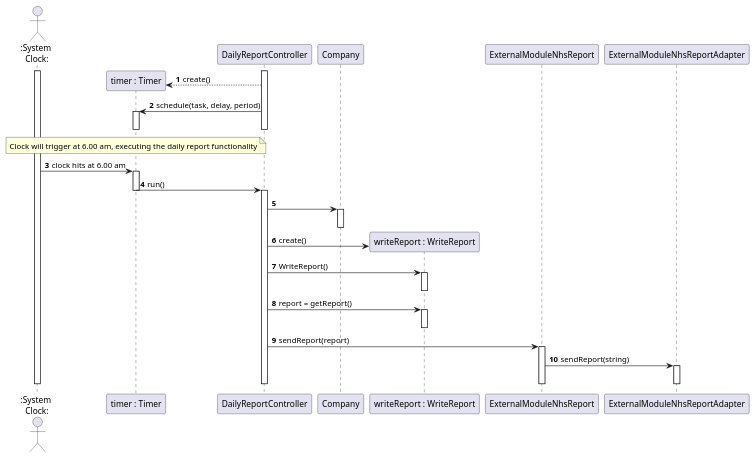
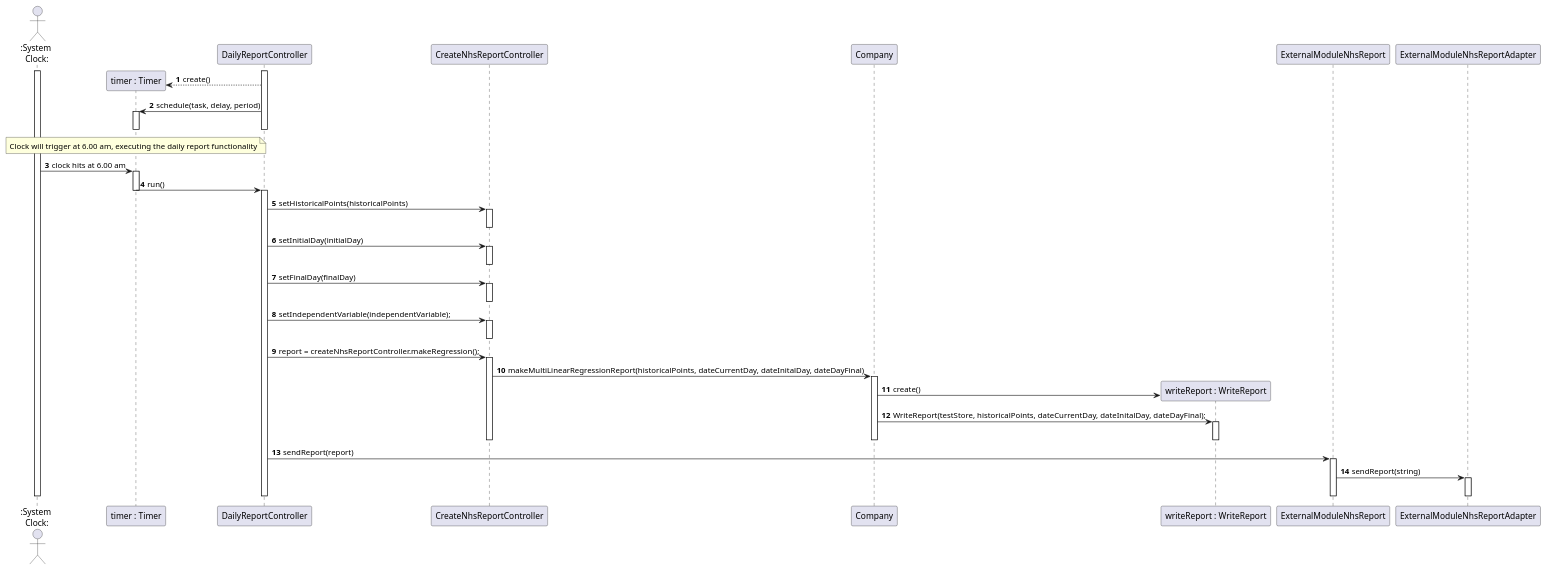
Before and after one commit to MadDinosaur/ISEP-LAPR2: the diagram in docs/SprintD/US19/US19_SD.puml, drawn with PlantUML. The commit also changed 6 other files, not shown here.

```diff
--- a/docs/SprintD/US19/US19_SD.puml
+++ b/docs/SprintD/US19/US19_SD.puml
@@ -1,53 +1,66 @@
 @startuml
 
 autonumber
 
 actor ":System\n Clock:" as Clock
 participant "timer : Timer" as timer
 participant DailyReportController as controller
+participant CreateNhsReportController as controller1
 participant Company as company
 participant "writeReport : WriteReport" as writereport
 participant ExternalModuleNhsReport as interface
 participant ExternalModuleNhsReportAdapter as adapter
 
 activate Clock
 activate controller
 create timer
 controller --> timer : create()
 controller -> timer : schedule(task, delay, period)
 activate timer
 deactivate controller
 deactivate timer
 
 note over timer : Clock will trigger at 6.00 am, executing the daily report functionality
 
 Clock -> timer : clock hits at 6.00 am
 activate timer
 timer -> controller : run()
 deactivate timer
 activate controller
 
-controller -> company
+controller -> controller1 : setHistoricalPoints(historicalPoints)
+activate controller1
+deactivate controller1
+controller -> controller1 : setInitialDay(initialDay)
+activate controller1
+deactivate controller1
+controller -> controller1 : setFinalDay(finalDay)
+activate controller1
+deactivate controller1
+controller -> controller1 : setIndependentVariable(independentVariable);
+activate controller1
+deactivate controller1
+controller -> controller1 : report = createNhsReportController.makeRegression();
+activate controller1
+controller1 -> company : makeMultiLinearRegressionReport(historicalPoints, dateCurrentDay, dateInitalDay, dateDayFinal)
 activate company
-deactivate company
-
 create writereport
-controller -> writereport : create()
-controller -> writereport : WriteReport()
+company -> writereport : create()
+company -> writereport : WriteReport(testStore, historicalPoints, dateCurrentDay, dateInitalDay, dateDayFinal);
 activate writereport
 deactivate writereport
-controller -> writereport : report = getReport()
-activate writereport
-deactivate writereport
+deactivate company
+deactivate controller1
+
 
 controller -> interface : sendReport(report)
 activate interface
 interface -> adapter : sendReport(string)
 activate adapter
 deactivate interface
 deactivate adapter
 deactivate controller
 
 deactivate Clock
 
 @enduml
```
